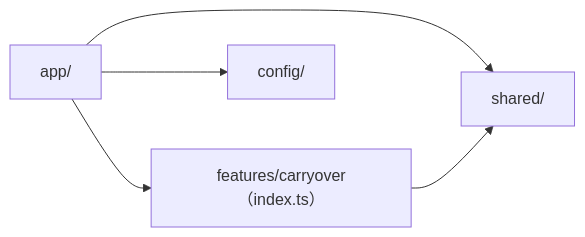
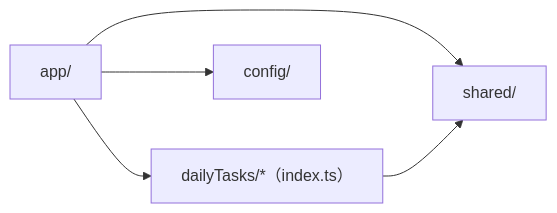
One commit to KenichiroArai/kb002_daily-tasks_doc changed the first of 2 diagrams in docs/design/frontend/01-architecture.md. Above: the diagram before and after it, drawn with Mermaid. The commit also changed other lines of this file and 16 other files, not shown here.

First line of the commit message:
#5 v0.2.0：持ち越し・先行の設計書を更新し、dailyTasks／dailytasks 再編と共通ルールを反映する

````diff
--- a/docs/design/frontend/01-architecture.md
+++ b/docs/design/frontend/01-architecture.md
@@ -64,7 +75,7 @@
 ```mermaid
 flowchart LR
-  app["app/"] --> features["features/carryover（index.ts）"]
+  app["app/"] --> dailyTasks["dailyTasks/*（index.ts）"]
   app --> shared["shared/"]
   app --> config["config/"]
-  features --> shared
+  dailyTasks --> shared
 ```
````
